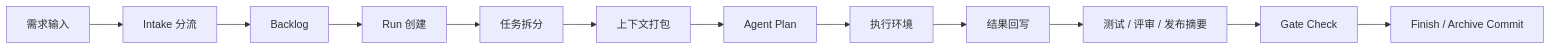
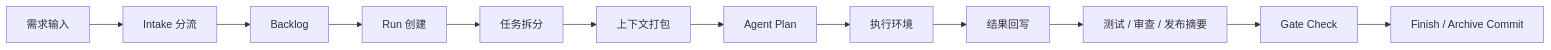
The second of 2 diagrams in README.md (benforge/crewup-harness), drawn with Mermaid before and after one commit. The commit also changed other lines of this file and 28 other files, not shown here.

````diff
--- a/README.md
+++ b/README.md
@@ -85,14 +91,14 @@
 ```mermaid
 flowchart LR
   A["需求输入"] --> B["Intake 分流"]
   B --> C["Backlog"]
   C --> D["Run 创建"]
   D --> E["任务拆分"]
   E --> F["上下文打包"]
   F --> G["Agent Plan"]
   G --> H["执行环境"]
   H --> I["结果回写"]
-  I --> J["测试 / 评审 / 发布摘要"]
+  I --> J["测试 / 审查 / 发布摘要"]
   J --> K["Gate Check"]
   K --> L["Finish / Archive Commit"]
 ```
````
